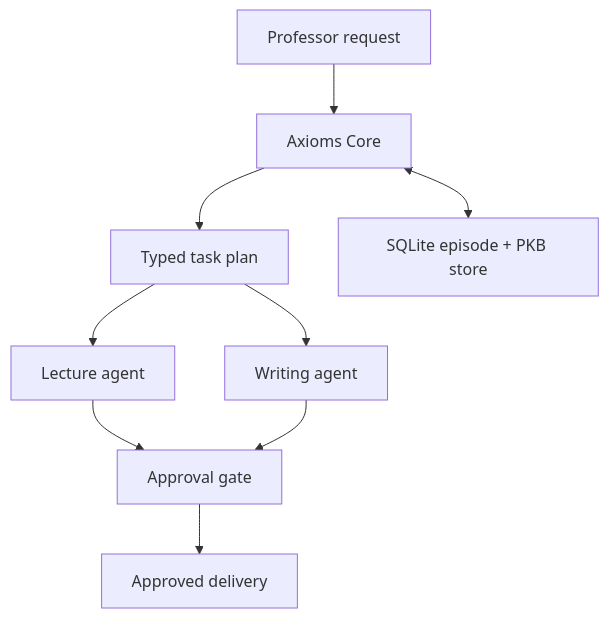
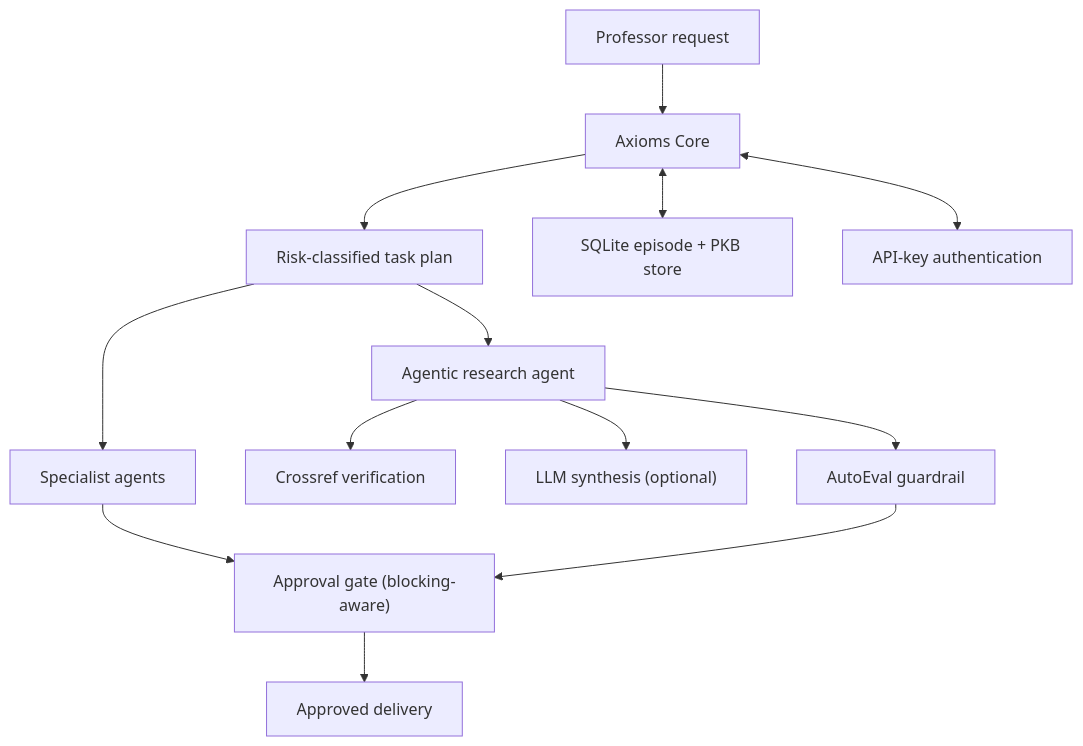
Before and after one commit to DrAslamJaved/Axioms_AI_System: the diagram in README.md, drawn with Mermaid. The commit also changed other lines of this file and 8 other files, not shown here.

````diff
--- a/README.md
+++ b/README.md
@@ -40,11 +34,15 @@
 ```mermaid
 flowchart TD
   U["Professor request"] --> C["Axioms Core"]
-  C --> P["Typed task plan"]
-  P --> L["Lecture agent"]
-  P --> W["Writing agent"]
-  L --> A["Approval gate"]
-  W --> A
+  C --> P["Risk-classified task plan"]
+  P --> L["Specialist agents"]
+  P --> R["Agentic research agent"]
+  R --> CR["Crossref verification"]
+  R --> LLM["LLM synthesis (optional)"]
+  R --> AE["AutoEval guardrail"]
+  L --> A["Approval gate (blocking-aware)"]
+  AE --> A
   A --> D["Approved delivery"]
   C <--> M["SQLite episode + PKB store"]
+  C <--> Auth["API-key authentication"]
 ```
````
